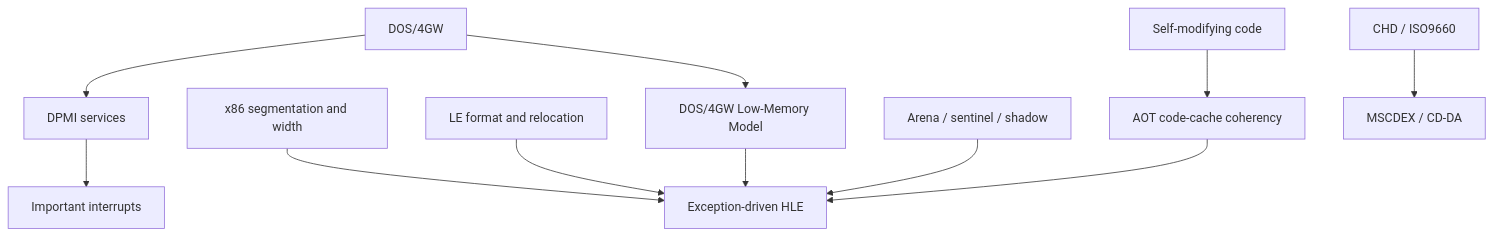
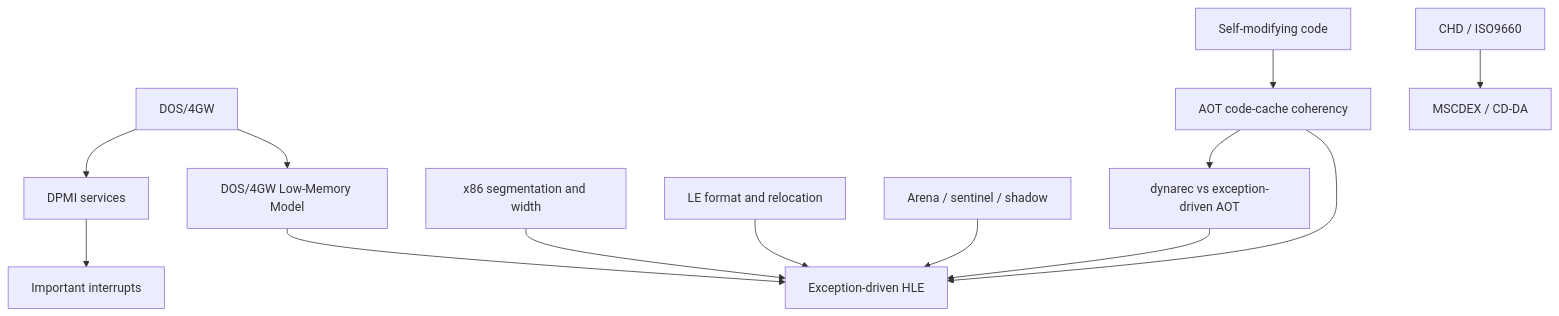
One commit to nworkers/rePIU changed the diagram in docs/kb/README.md. Above: the diagram before and after it, drawn with Mermaid. The commit also changed other lines of this file and 20 other files, not shown here.

````diff
--- a/docs/kb/README.md
+++ b/docs/kb/README.md
@@ -7,13 +7,15 @@
 ```mermaid
 flowchart TD
     DOS["DOS/4GW"] --> DPMI["DPMI services"]
     DOS --> LOWMEM["DOS/4GW Low-Memory Model"]
     DPMI --> INT["Important interrupts"]
     CPU["x86 segmentation and width"] --> HLE["Exception-driven HLE"]
     LE["LE format and relocation"] --> HLE
     LOWMEM --> HLE
     TERMS["Arena / sentinel / shadow"] --> HLE
     SMC["Self-modifying code"] --> CACHE["AOT code-cache coherency"]
+    CACHE --> DYNAREC["dynarec vs exception-driven AOT"]
+    DYNAREC --> HLE
     CACHE --> HLE
     CHD["CHD / ISO9660"] --> MSCDEX["MSCDEX / CD-DA"]
 ```
````
